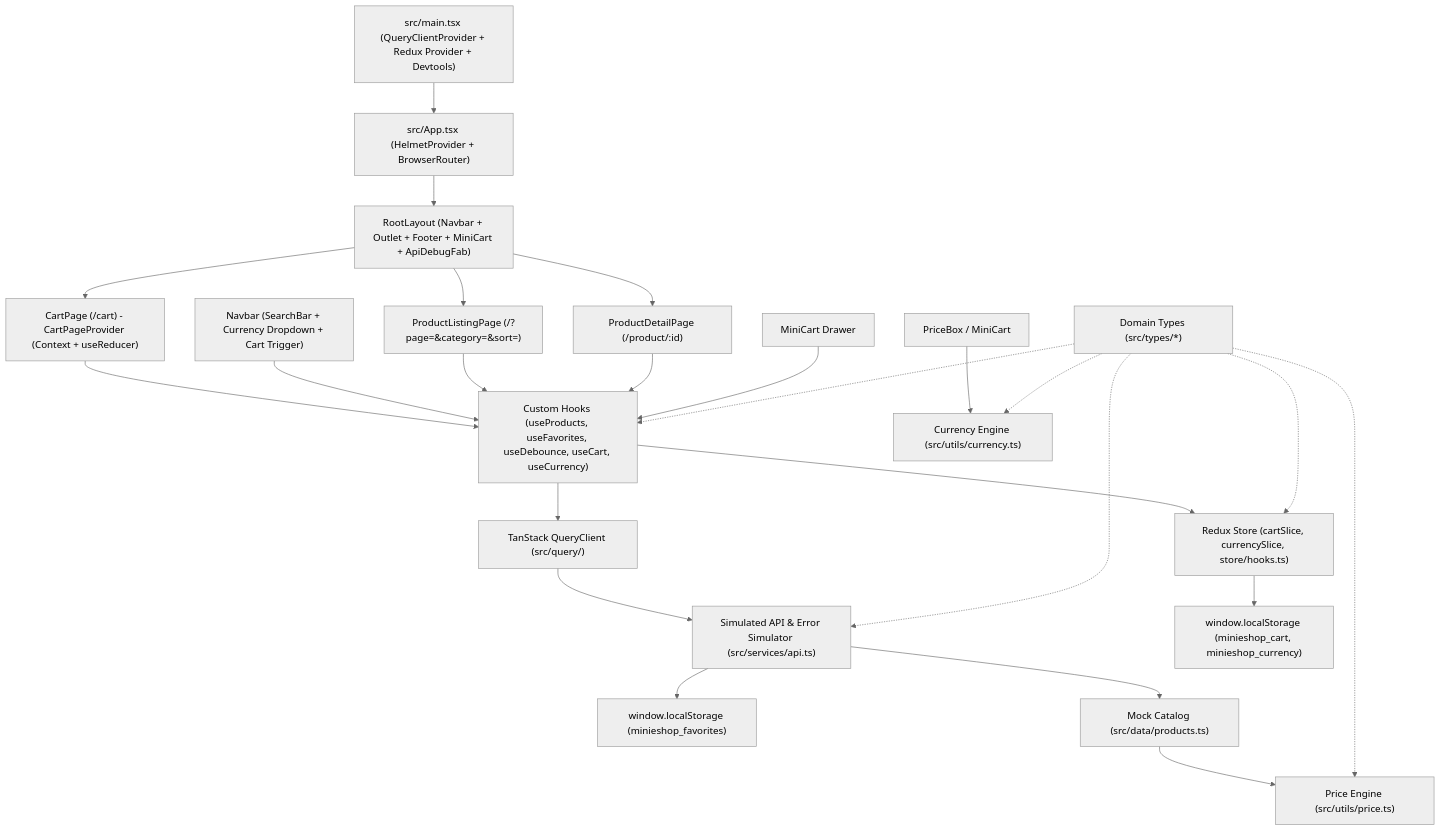
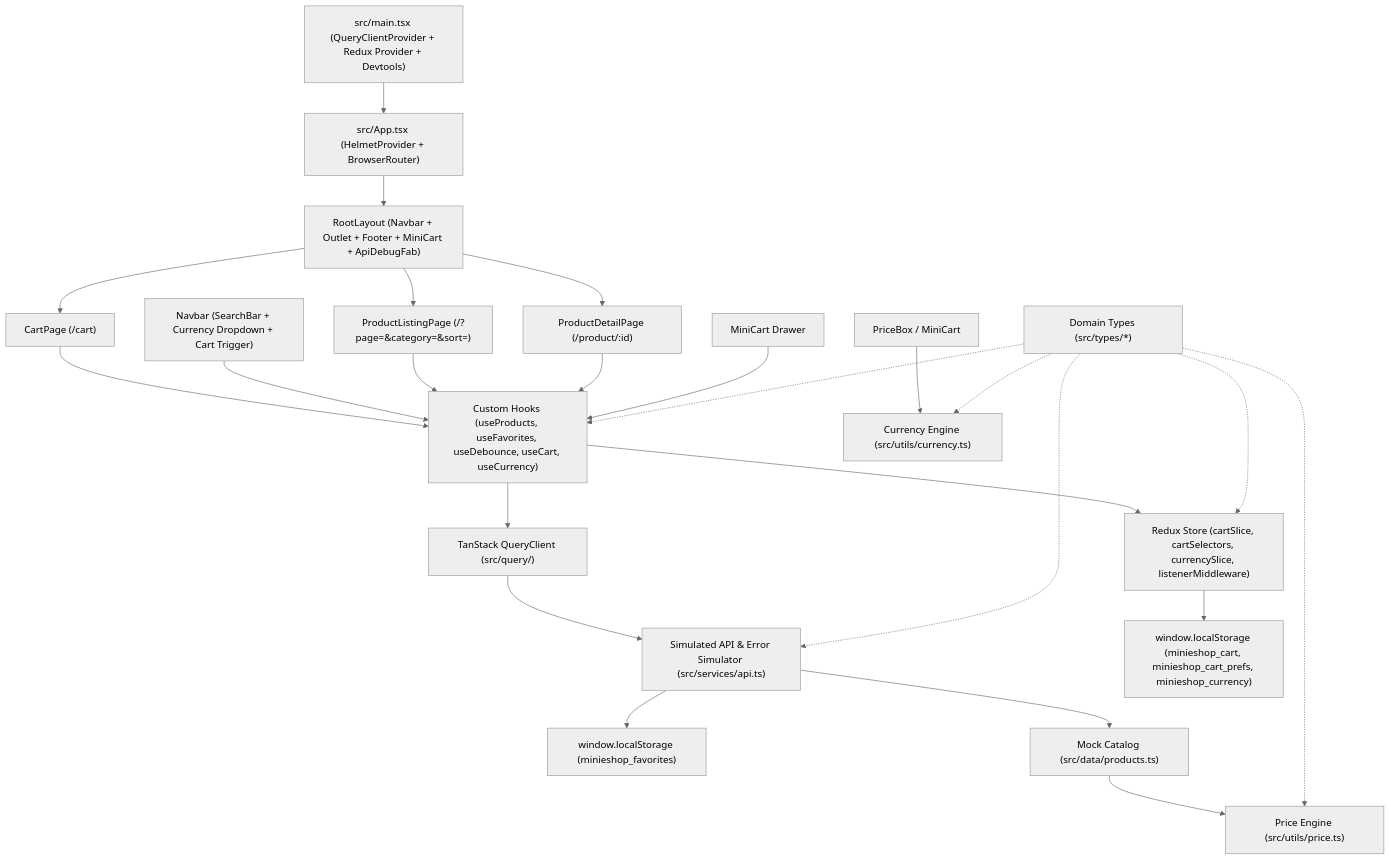
One commit to Luiquecruz/minie-shop changed the diagram in docs/architecture.md. Above: the diagram before and after it, drawn with Mermaid (neutral theme). The commit also changed other lines of this file and 12 other files, not shown here.

````diff
--- a/docs/architecture.md
+++ b/docs/architecture.md
@@ -6,26 +6,26 @@
 ```mermaid
 flowchart TD
     Main["src/main.tsx (QueryClientProvider + Redux Provider + Devtools)"] --> App["src/App.tsx (HelmetProvider + BrowserRouter)"]
     App --> Layout["RootLayout (Navbar + Outlet + Footer + MiniCart + ApiDebugFab)"]
     Layout --> PLP["ProductListingPage (/?page=&category=&sort=)"]
     Layout --> PDP["ProductDetailPage (/product/:id)"]
-    Layout --> Cart["CartPage (/cart) - CartPageProvider (Context + useReducer)"]
+    Layout --> Cart["CartPage (/cart)"]
     Cart --> Hooks
     Navbar["Navbar (SearchBar + Currency Dropdown + Cart Trigger)"] --> Hooks
     PLP --> Hooks
     PDP --> Hooks
     MiniCart["MiniCart Drawer"] --> Hooks
     Hooks["Custom Hooks (useProducts, useFavorites, useDebounce, useCart, useCurrency)"] --> RQ["TanStack QueryClient (src/query/)"]
-    Hooks --> Store["Redux Store (cartSlice, currencySlice, store/hooks.ts)"]
+    Hooks --> Store["Redux Store (cartSlice, cartSelectors, currencySlice, listenerMiddleware)"]
     RQ --> API["Simulated API & Error Simulator (src/services/api.ts)"]
-    Store --> LS["window.localStorage (minieshop_cart, minieshop_currency)"]
+    Store --> LS["window.localStorage (minieshop_cart, minieshop_cart_prefs, minieshop_currency)"]
     API --> FavLS["window.localStorage (minieshop_favorites)"]
     API --> Mock["Mock Catalog (src/data/products.ts)"]
     Mock --> PriceEngine["Price Engine (src/utils/price.ts)"]
     PriceBox["PriceBox / MiniCart"] --> CurrencyEngine["Currency Engine (src/utils/currency.ts)"]
     Types["Domain Types (src/types/*)"] -.-> PriceEngine
     Types -.-> CurrencyEngine
     Types -.-> API
     Types -.-> Store
     Types -.-> Hooks
 ```
````
